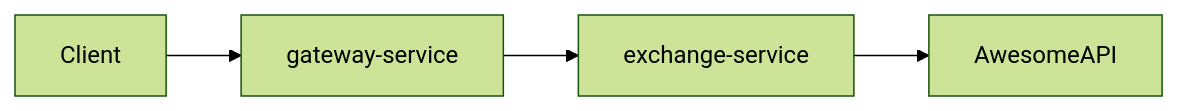
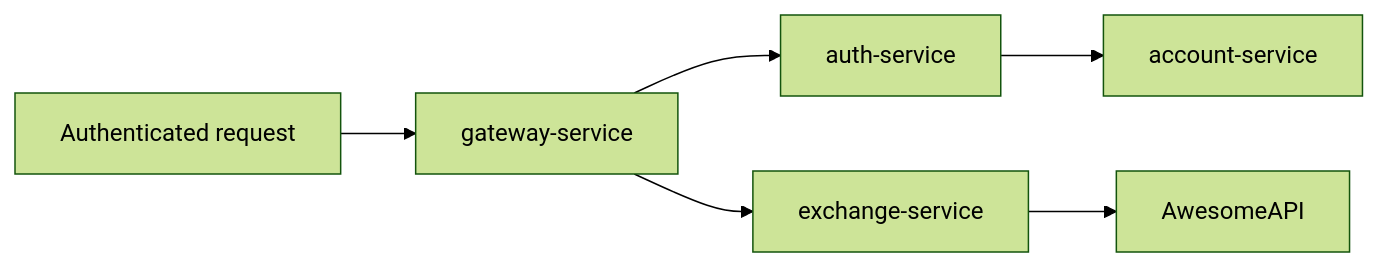
The first of 2 diagrams in README.md (projeto-micro/projeto-exchange.exchange-service), drawn with Mermaid (forest theme) before and after one commit. The commit also changed other lines of this file, not shown here.

````diff
--- a/README.md
+++ b/README.md
@@ -10,6 +22,8 @@
 ```mermaid
 flowchart LR
-    Client --> Gateway[gateway-service]
+    Request[Authenticated request] --> Gateway[gateway-service]
+    Gateway --> Auth[auth-service]
+    Auth --> Account[account-service]
     Gateway --> Exchange[exchange-service]
     Exchange --> Provider[AwesomeAPI]
 ```
````
